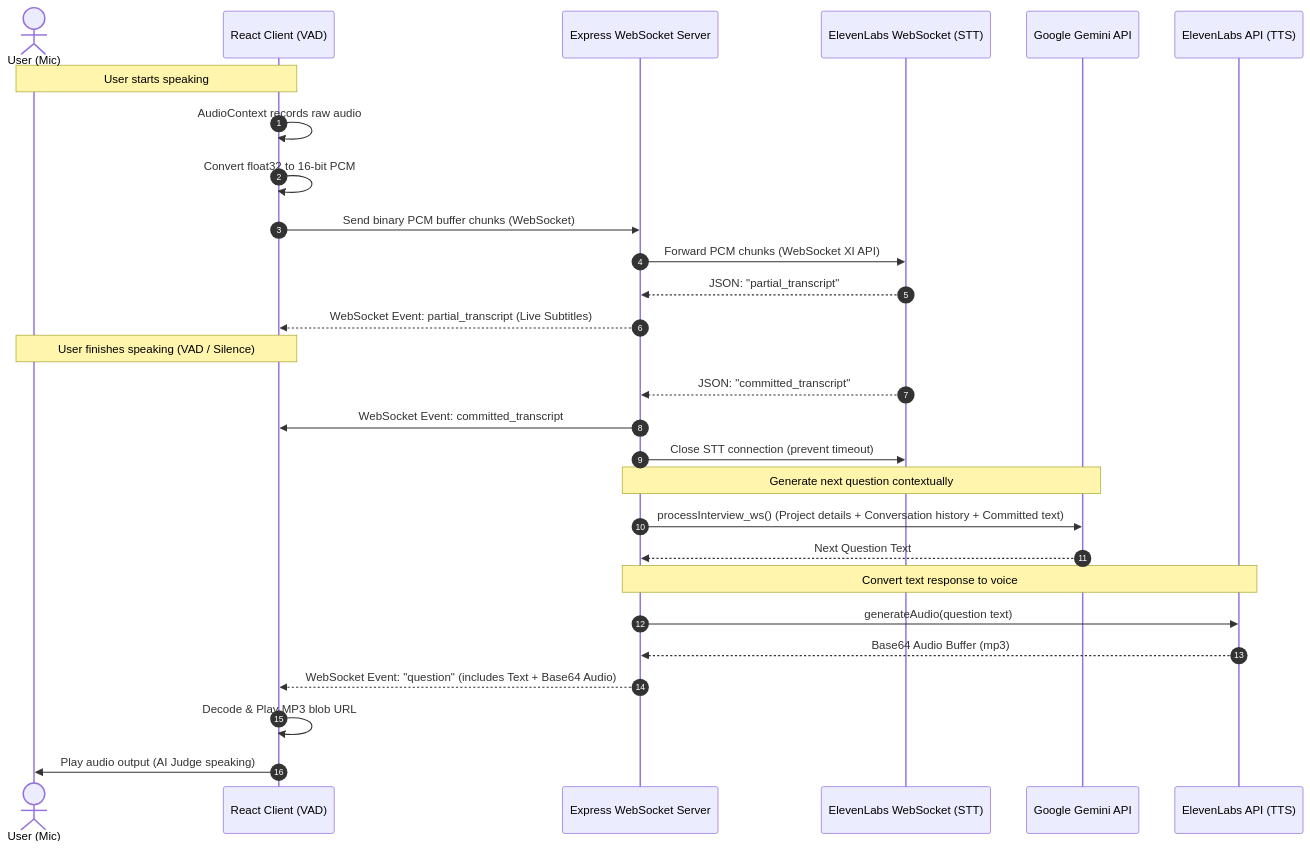
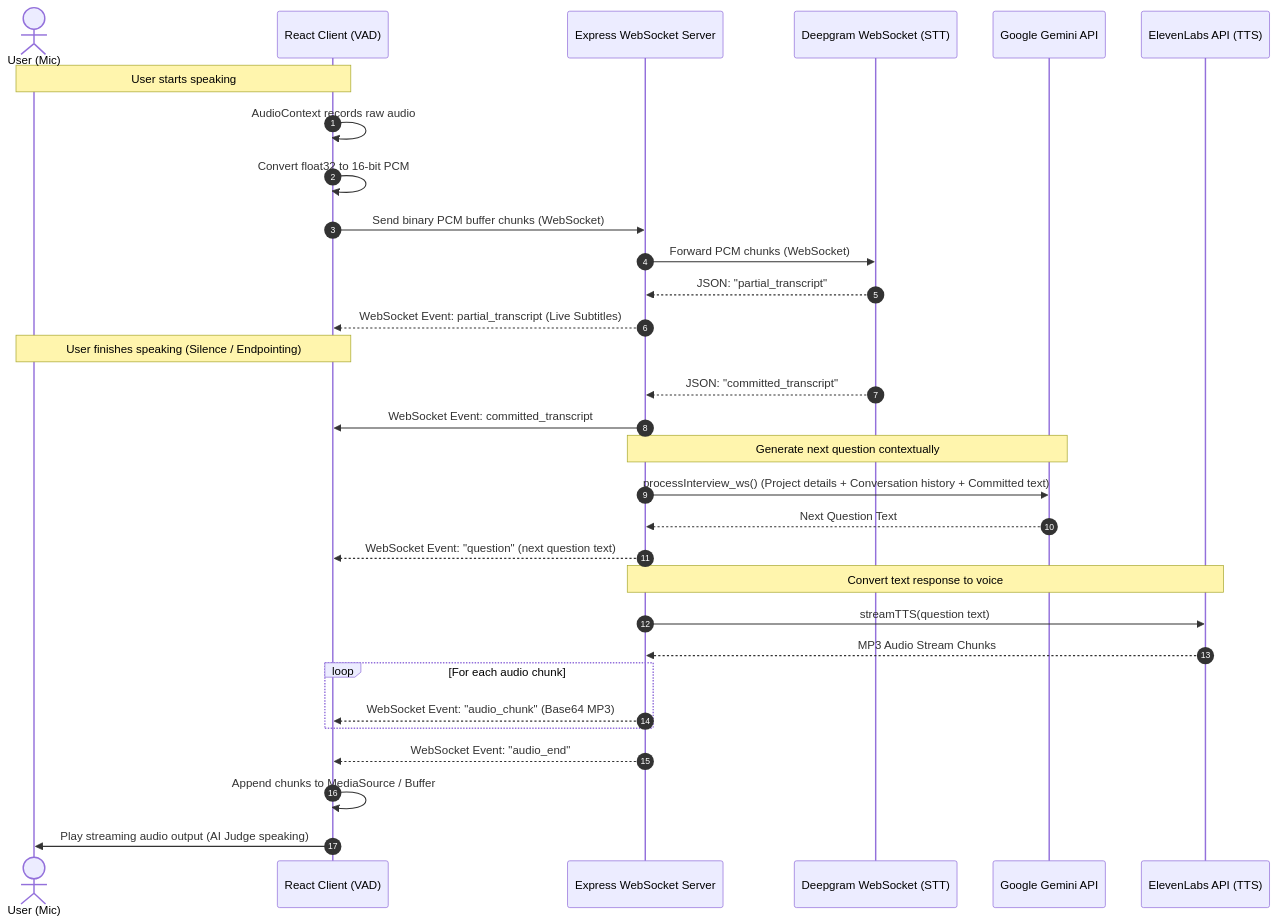
The third of 4 diagrams in architecture_diagram.md (rashmichoudhary13/HackJudge), drawn with Mermaid before and after one commit. The commit also changed other lines of this file and 12 other files, not shown here.

````diff
--- a/architecture_diagram.md
+++ b/architecture_diagram.md
@@ -105,35 +107,38 @@
 ```mermaid
 sequenceDiagram
     autonumber
     actor Candidate as User (Mic)
     participant Client as React Client (VAD)
     participant Server as Express WebSocket Server
-    participant ElevenLabs as ElevenLabs WebSocket (STT)
+    participant Deepgram as Deepgram WebSocket (STT)
     participant Gemini as Google Gemini API
     participant ElevenLabsTTS as ElevenLabs API (TTS)
 
     Note over Candidate, Client: User starts speaking
     Client->>Client: AudioContext records raw audio
     Client->>Client: Convert float32 to 16-bit PCM
     Client->>Server: Send binary PCM buffer chunks (WebSocket)
-    Server->>ElevenLabs: Forward PCM chunks (WebSocket XI API)
-    ElevenLabs-->>Server: JSON: "partial_transcript"
+    Server->>Deepgram: Forward PCM chunks (WebSocket)
+    Deepgram-->>Server: JSON: "partial_transcript"
     Server-->>Client: WebSocket Event: partial_transcript (Live Subtitles)
     
-    Note over Candidate, Client: User finishes speaking (VAD / Silence)
-    ElevenLabs-->>Server: JSON: "committed_transcript"
+    Note over Candidate, Client: User finishes speaking (Silence / Endpointing)
+    Deepgram-->>Server: JSON: "committed_transcript"
     Server->>Client: WebSocket Event: committed_transcript
-    Server->>ElevenLabs: Close STT connection (prevent timeout)
     
     Note over Server, Gemini: Generate next question contextually
     Server->>Gemini: processInterview_ws() (Project details + Conversation history + Committed text)
     Gemini-->>Server: Next Question Text
+    Server-->>Client: WebSocket Event: "question" (next question text)
     
     Note over Server, ElevenLabsTTS: Convert text response to voice
-    Server->>ElevenLabsTTS: generateAudio(question text)
-    ElevenLabsTTS-->>Server: Base64 Audio Buffer (mp3)
+    Server->>ElevenLabsTTS: streamTTS(question text)
+    ElevenLabsTTS-->>Server: MP3 Audio Stream Chunks
+    loop For each audio chunk
+        Server-->>Client: WebSocket Event: "audio_chunk" (Base64 MP3)
+    end
+    Server-->>Client: WebSocket Event: "audio_end"
     
-    Server-->>Client: WebSocket Event: "question" (includes Text + Base64 Audio)
-    Client->>Client: Decode & Play MP3 blob URL
-    Client->>Candidate: Play audio output (AI Judge speaking)
+    Client->>Client: Append chunks to MediaSource / Buffer
+    Client->>Candidate: Play streaming audio output (AI Judge speaking)
 ```
````
